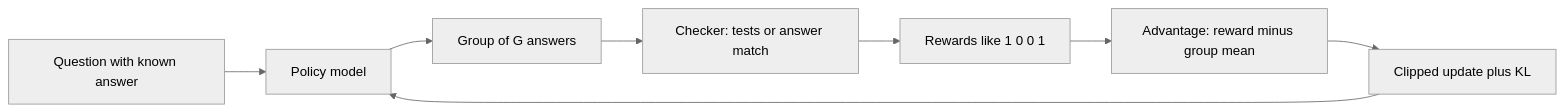
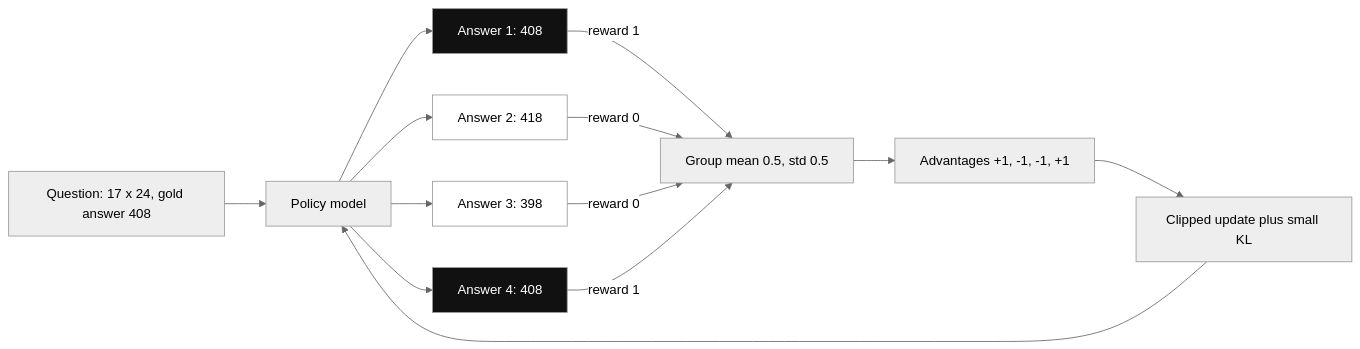
Diagram 12 of 16 in content-en/11-agentic/16-fine-tuning.md (flow6979/viewinter), drawn with Mermaid (neutral theme) before and after one commit. The commit also changed other lines of this file and 85 other files, not shown here.

First line of the commit message:
AI + RAG content: add diagrams across every page (196 -> 513)

````diff
--- a/content-en/11-agentic/16-fine-tuning.md
+++ b/content-en/11-agentic/16-fine-tuning.md
@@ -456,10 +590,19 @@
 ```mermaid
 flowchart LR
-    Q["Question with known answer"] --> POL["Policy model"]
-    POL --> G["Group of G answers"]
-    G --> CHK["Checker: tests or answer match"]
-    CHK --> R["Rewards like 1 0 0 1"]
-    R --> ADV["Advantage: reward minus group mean"]
-    ADV --> UPD["Clipped update plus KL"]
+    Q["Question: 17 x 24, gold answer 408"] --> POL["Policy model"]
+    POL --> A1["Answer 1: 408"]
+    POL --> A2["Answer 2: 418"]
+    POL --> A3["Answer 3: 398"]
+    POL --> A4["Answer 4: 408"]
+    A1 -->|reward 1| MEAN["Group mean 0.5, std 0.5"]
+    A2 -->|reward 0| MEAN
+    A3 -->|reward 0| MEAN
+    A4 -->|reward 1| MEAN
+    MEAN --> ADV["Advantages +1, -1, -1, +1"]
+    ADV --> UPD["Clipped update plus small KL"]
     UPD --> POL
+    class A1,A4 hot
+    class A2,A3 dim
+    classDef hot fill:#111,color:#fff
+    classDef dim fill:#fff
 ```
````
